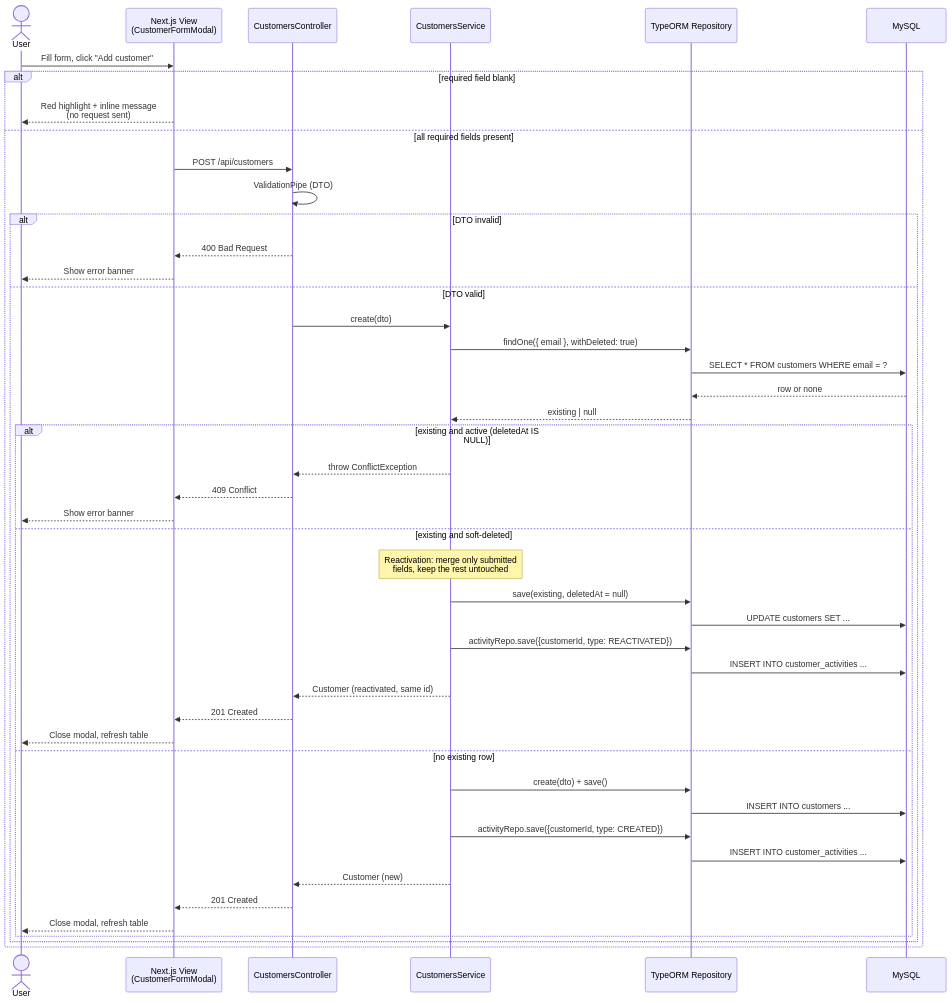
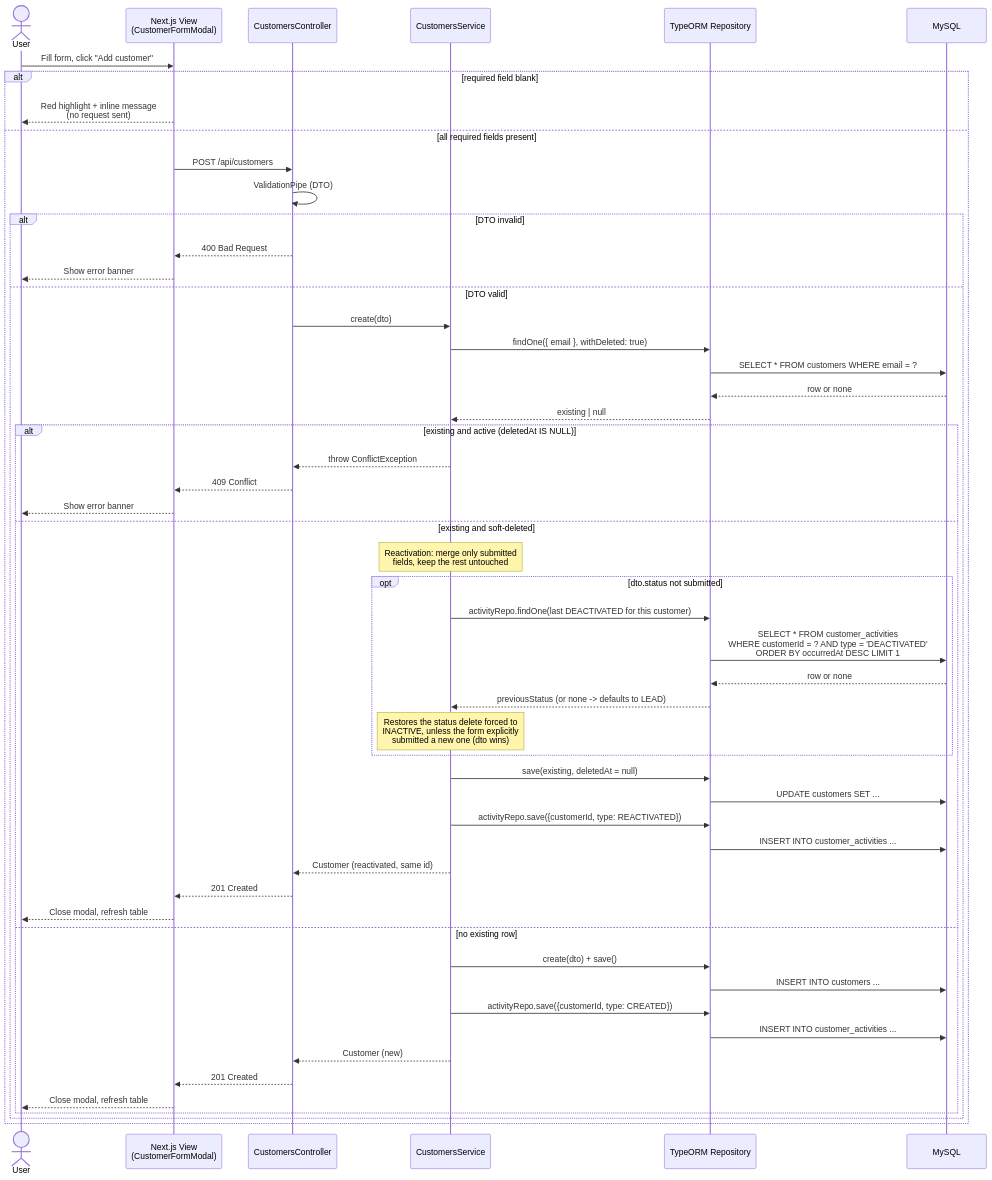
Before and after one commit to garyhan77/mycrm-poc: the first of 6 diagrams in docs/04-sequence-diagrams.md, drawn with Mermaid. The commit also changed other lines of this file and 9 other files, not shown here.

````diff
--- a/docs/04-sequence-diagrams.md
+++ b/docs/04-sequence-diagrams.md
@@ -9,49 +9,56 @@
 ```mermaid
 sequenceDiagram
     actor U as User
     participant V as Next.js View<br/>(CustomerFormModal)
     participant C as CustomersController
     participant S as CustomersService
     participant R as TypeORM Repository
     participant DB as MySQL
 
     U->>V: Fill form, click "Add customer"
     alt required field blank
         V-->>U: Red highlight + inline message<br/>(no request sent)
     else all required fields present
         V->>C: POST /api/customers
         C->>C: ValidationPipe (DTO)
         alt DTO invalid
             C-->>V: 400 Bad Request
             V-->>U: Show error banner
         else DTO valid
             C->>S: create(dto)
             S->>R: findOne({ email }, withDeleted: true)
             R->>DB: SELECT * FROM customers WHERE email = ?
             DB-->>R: row or none
             R-->>S: existing | null
             alt existing and active (deletedAt IS NULL)
                 S-->>C: throw ConflictException
                 C-->>V: 409 Conflict
                 V-->>U: Show error banner
             else existing and soft-deleted
                 Note over S: Reactivation: merge only submitted<br/>fields, keep the rest untouched
+                opt dto.status not submitted
+                    S->>R: activityRepo.findOne(last DEACTIVATED for this customer)
+                    R->>DB: SELECT * FROM customer_activities<br/>WHERE customerId = ? AND type = 'DEACTIVATED'<br/>ORDER BY occurredAt DESC LIMIT 1
+                    DB-->>R: row or none
+                    R-->>S: previousStatus (or none -> defaults to LEAD)
+                    Note over S: Restores the status delete forced to<br/>INACTIVE, unless the form explicitly<br/>submitted a new one (dto wins)
+                end
                 S->>R: save(existing, deletedAt = null)
                 R->>DB: UPDATE customers SET ...
                 S->>R: activityRepo.save({customerId, type: REACTIVATED})
                 R->>DB: INSERT INTO customer_activities ...
                 S-->>C: Customer (reactivated, same id)
                 C-->>V: 201 Created
                 V-->>U: Close modal, refresh table
             else no existing row
                 S->>R: create(dto) + save()
                 R->>DB: INSERT INTO customers ...
                 S->>R: activityRepo.save({customerId, type: CREATED})
                 R->>DB: INSERT INTO customer_activities ...
                 S-->>C: Customer (new)
                 C-->>V: 201 Created
                 V-->>U: Close modal, refresh table
             end
         end
     end
 ```
````
